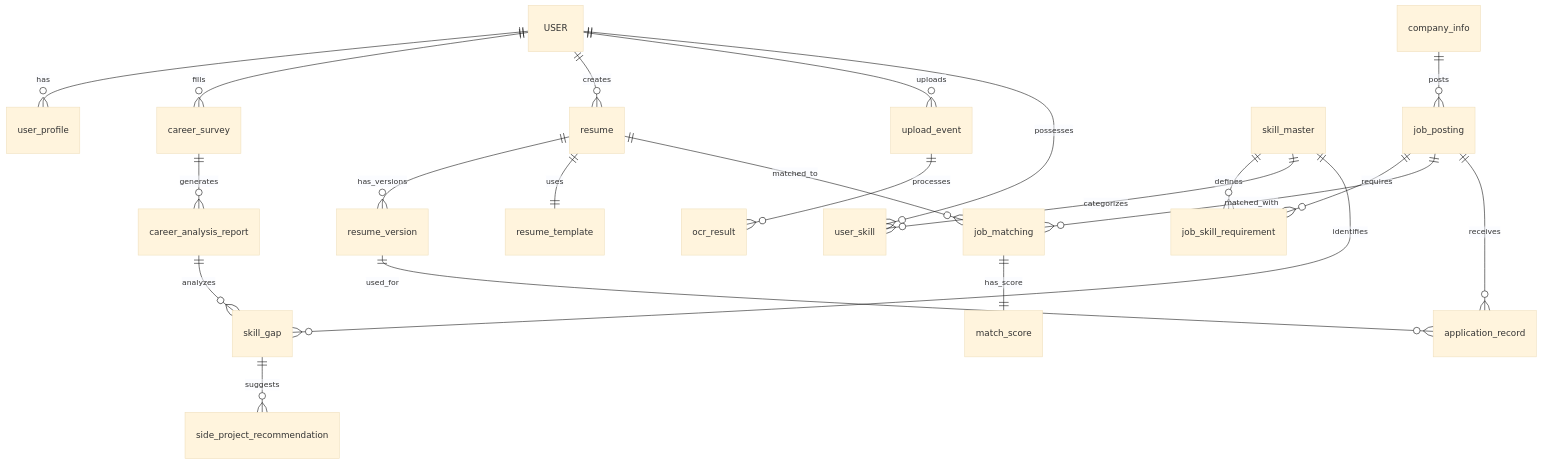
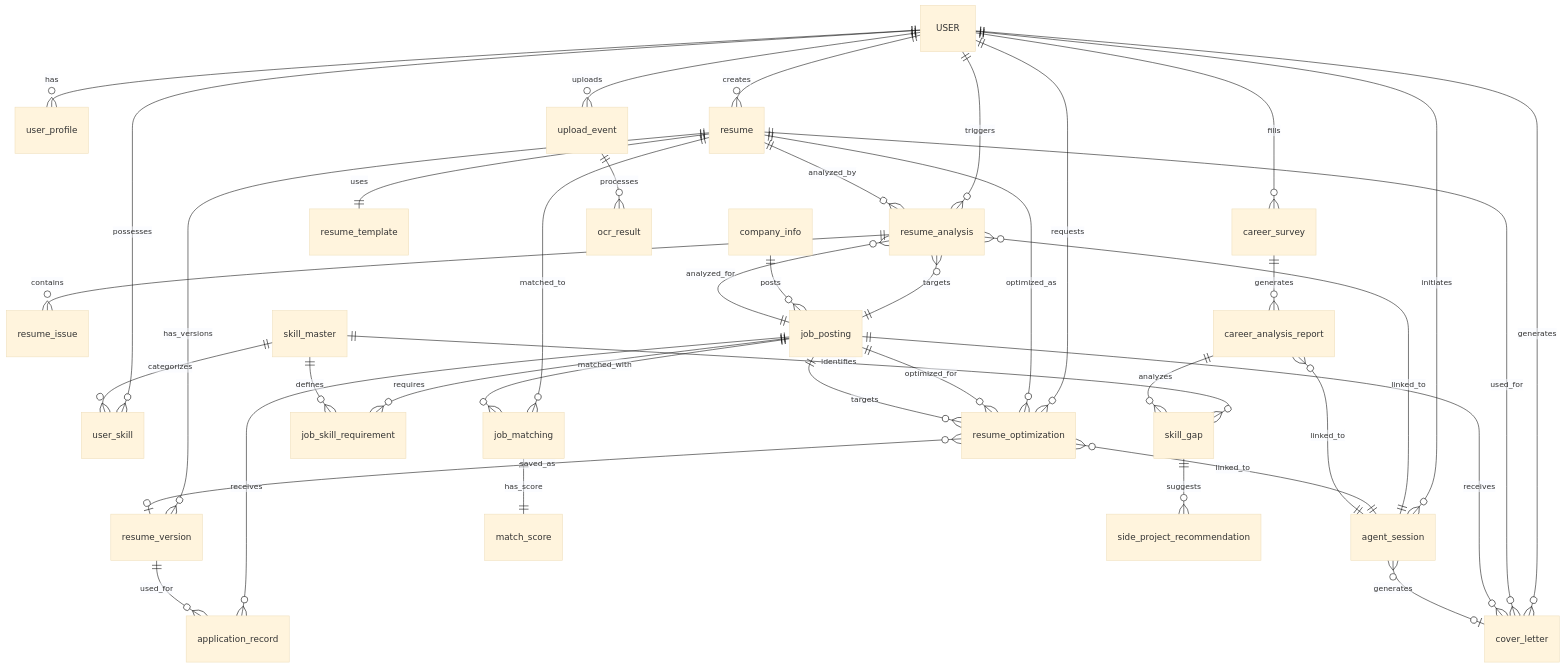
One commit to slen516-afk/final changed the diagram in supabase_control/Erd/database_structure_complete.md. Above: the diagram before and after it, drawn with Mermaid (base theme). The commit also changed other lines of this file and 3 other files, not shown here.

````diff
--- a/supabase_control/Erd/database_structure_complete.md
+++ b/supabase_control/Erd/database_structure_complete.md
@@ -394,30 +560,51 @@
 ```mermaid
 erDiagram
     USER ||--o{ user_profile : has
     USER ||--o{ career_survey : fills
     USER ||--o{ resume : creates
     USER ||--o{ upload_event : uploads
     USER ||--o{ user_skill : possesses
+    USER ||--o{ resume_analysis : triggers
+    USER ||--o{ resume_optimization : requests
+    USER ||--o{ cover_letter : generates
+    USER ||--o{ agent_session : initiates
     
     resume ||--o{ resume_version : has_versions
     resume ||--|| resume_template : uses
     resume ||--o{ job_matching : matched_to
+    resume ||--o{ resume_analysis : analyzed_by
+    resume ||--o{ resume_optimization : optimized_as
+    resume ||--o{ cover_letter : used_for
+    
+    resume_analysis ||--o{ resume_issue : contains
+    resume_analysis }o--|| job_posting : targets
+    resume_analysis }o--|| agent_session : linked_to
+    
+    resume_optimization }o--o| resume_version : saved_as
+    resume_optimization }o--|| job_posting : targets
+    resume_optimization }o--|| agent_session : linked_to
     
     company_info ||--o{ job_posting : posts
     job_posting ||--o{ job_skill_requirement : requires
     job_posting ||--o{ job_matching : matched_with
     job_posting ||--o{ application_record : receives
+    job_posting ||--o{ resume_analysis : analyzed_for
+    job_posting ||--o{ resume_optimization : optimized_for
+    job_posting ||--o{ cover_letter : receives
     
     skill_master ||--o{ job_skill_requirement : defines
     skill_master ||--o{ user_skill : categorizes
     skill_master ||--o{ skill_gap : identifies
     
     job_matching ||--|| match_score : has_score
     
     career_survey ||--o{ career_analysis_report : generates
     career_analysis_report ||--o{ skill_gap : analyzes
+    career_analysis_report }o--|| agent_session : linked_to
     skill_gap ||--o{ side_project_recommendation : suggests
     
     upload_event ||--o{ ocr_result : processes
     resume_version ||--o{ application_record : used_for
+    
+    agent_session }o--o| cover_letter : generates
 ```
````
